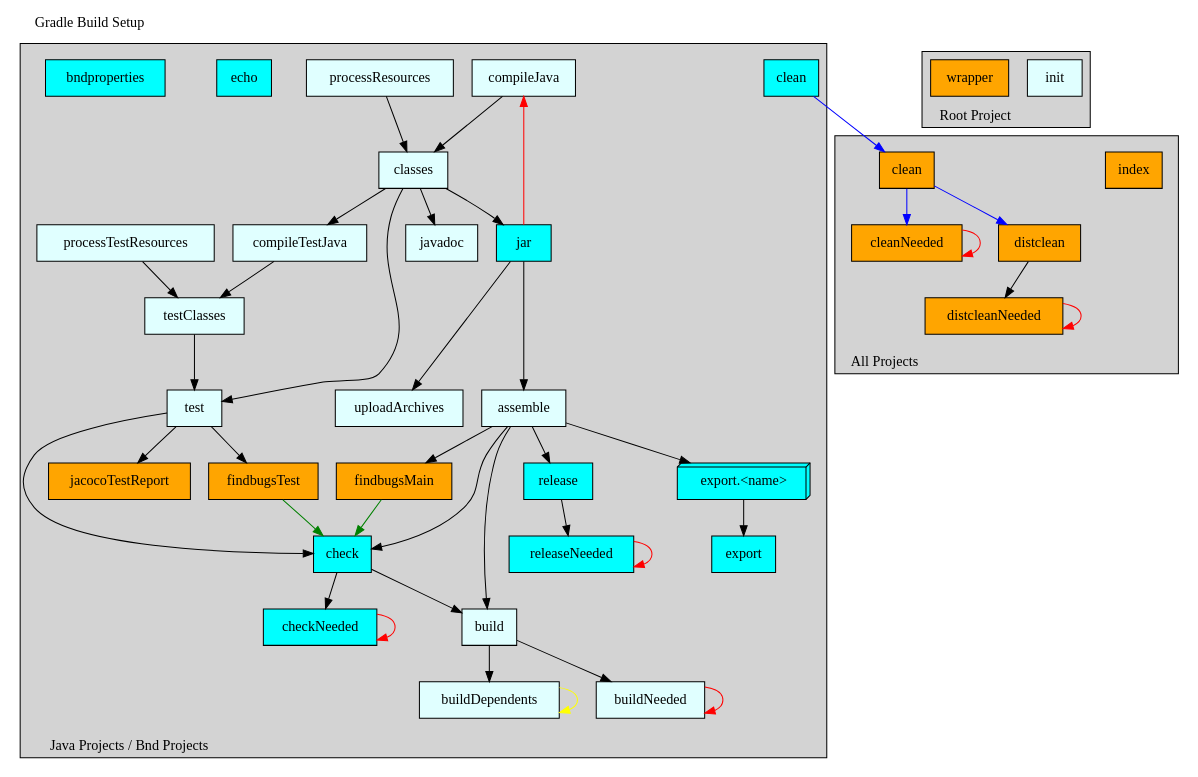
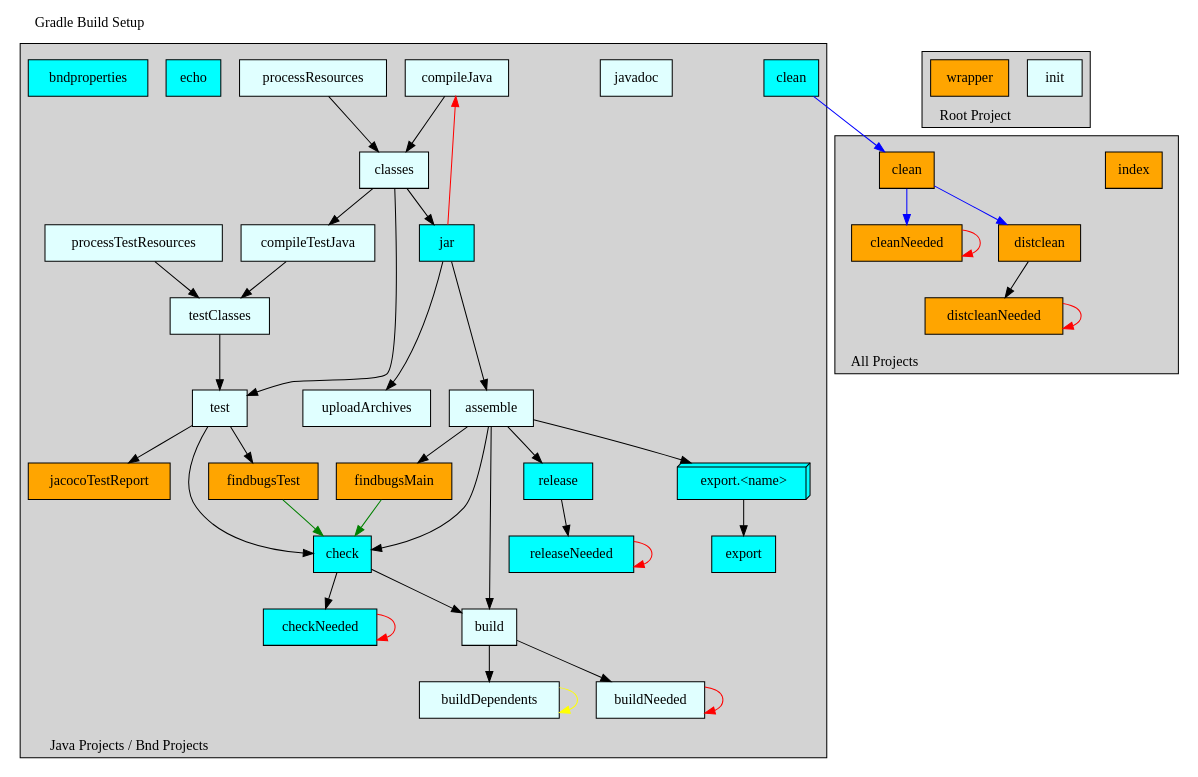
The diagram in cnf/gradle/doc/template.dot (paulvi/bndtoolsPlugins), drawn with Graphviz before and after one commit. The commit also changed 5 other files, not shown here.

Commit message:
gradle: javadoc doesn't depend on classes

```diff
--- a/cnf/gradle/doc/template.dot
+++ b/cnf/gradle/doc/template.dot
@@ -1,186 +1,185 @@
 /*
  * WARNING
  *
  * This file is maintained automatically by Bndtools.
  * You should not edit it.
  *
  * See the BUILDING-GRADLE.md document in the root project for more details.
  *
  * To create an SVG diagram from this file, install graphviz and run:
  *   dot -Tsvg "$1.dot" -o "$1.svg"   (on a Linux   machine)
  *   dot -Tsvg "%1.dot" -o "%1.svg"   (on a Windows machine)
  */
 
 
 digraph GradleSetup {
   label="Gradle Build Setup"
   labelloc=t
   labeljust=l
 
   subgraph cluster1 {
     label="Java Projects / Bnd Projects";
     labelloc=b
     labeljust=l
     style=filled;
     fillcolor=lightgrey;
     color=black;
 
     subgraph cluster101 {
       label="";
       style=invis;
       compileJava          [shape=box, style=filled, fillcolor=lightcyan, label="compileJava"         ]
       processResources     [shape=box, style=filled, fillcolor=lightcyan, label="processResources"    ]
       classes              [shape=box, style=filled, fillcolor=lightcyan, label="classes"             ]
     }
 
     subgraph cluster102 {
       label="";
       style=invis;
       jar                  [shape=box, style=filled, fillcolor=cyan     , label="jar"                 ]
     }
 
     subgraph cluster103 {
       label="";
       style=invis;
       compileTestJava      [shape=box, style=filled, fillcolor=lightcyan, label="compileTestJava"     ]
       processTestResources [shape=box, style=filled, fillcolor=lightcyan, label="processTestResources"]
       testClasses          [shape=box, style=filled, fillcolor=lightcyan, label="testClasses"         ]
     }
 
     subgraph cluster104 {
       label="";
       style=invis;
       test                 [shape=box, style=filled, fillcolor=lightcyan, label="test"                ]
     }
 
     subgraph cluster105 {
       label="";
       style=invis;
       uploadArchives       [shape=box, style=filled, fillcolor=lightcyan, label="uploadArchives"      ]
       assemble             [shape=box, style=filled, fillcolor=lightcyan, label="assemble"            ]
     }
 
     subgraph cluster106 {
       label="";
       style=invis;
       check                [shape=box, style=filled, fillcolor=cyan     , label="check"               ]
       checkNeeded          [shape=box, style=filled, fillcolor=cyan     , label="checkNeeded"         ]
     }
 
     subgraph cluster107 {
       label="";
       style=invis;
       release              [shape=box, style=filled, fillcolor=cyan     , label="release"             ]
       releaseNeeded        [shape=box, style=filled, fillcolor=cyan     , label="releaseNeeded"       ]
     }
 
     subgraph cluster108 {
       label="";
       style=invis;
       exportX              [shape=box3d, style=filled, fillcolor=cyan   , label="export.<name>"       ]
       export               [shape=box  , style=filled, fillcolor=cyan   , label="export"              ]
     }
 
     subgraph cluster109 {
       label="";
       style=invis;
       build                [shape=box, style=filled, fillcolor=lightcyan, label="build"               ]
       buildDependents      [shape=box, style=filled, fillcolor=lightcyan, label="buildDependents"     ]
       buildNeeded          [shape=box, style=filled, fillcolor=lightcyan, label="buildNeeded"         ]
     }
 
     subgraph cluster110 {
       label="";
       style=invis;
       findbugsMain         [shape=box, style=filled, fillcolor=orange   , label="findbugsMain"        ]
       findbugsTest         [shape=box, style=filled, fillcolor=orange   , label="findbugsTest"        ]
     }
 
     javadoc                [shape=box, style=filled, fillcolor=lightcyan, label="javadoc"             ]
 
     clean                  [shape=box, style=filled, fillcolor=cyan     , label="clean"               ]
     echo                   [shape=box, style=filled, fillcolor=cyan     , label="echo"                ]
     bndproperties          [shape=box, style=filled, fillcolor=cyan     , label="bndproperties"       ]
     jacocoTestReport       [shape=box, style=filled, fillcolor=orange   , label="jacocoTestReport"    ]
 
     compileJava            -> classes
     processResources       -> classes
-    classes                -> javadoc
     classes                -> compileTestJava
     classes                -> jar
     classes                -> test
     compileTestJava        -> testClasses
     processTestResources   -> testClasses
     jar                    -> uploadArchives
     jar                    -> assemble
     testClasses            -> test
     assemble               -> build
     assemble               -> check
     test                   -> check
     check                  -> checkNeeded
     checkNeeded            -> checkNeeded        [color=red   ]
     check                  -> build
     build                  -> buildDependents
     buildDependents        -> buildDependents    [color=yellow]
     build                  -> buildNeeded
     buildNeeded            -> buildNeeded        [color=red   ]
 
     jar                    -> compileJava        [color=red   ]
     assemble               -> release
     assemble               -> exportX
     exportX                -> export
     release                -> releaseNeeded
     releaseNeeded          -> releaseNeeded      [color=red   ]
 
     assemble               -> findbugsMain
     test                   -> findbugsTest
     findbugsMain           -> check              [color=green ]
     findbugsTest           -> check              [color=green ]
     test                   -> jacocoTestReport
   }
 
 
   subgraph cluster2 {
     label="Root Project";
     labelloc=b
     labeljust=l
     style=filled;
     fillcolor=lightgrey;
     color=black;
 
     init                   [shape=box, style=filled, fillcolor=lightcyan, label="init"                ]
     wrapper                [shape=box, style=filled, fillcolor=orange   , label="wrapper"             ]
   }
 
 
   subgraph cluster3 {
     label="All Projects";
     labelloc=b
     labeljust=l
     style=filled;
     fillcolor=lightgrey;
     color=black;
 
     subgraph cluster301 {
       label="";
       style=invis;
       index                [shape=box, style=filled, fillcolor=orange   , label="index"               ]
     }
 
     subgraph cluster302 {
       label="";
       style=invis;
       cleanAll             [shape=box, style=filled, fillcolor=orange   , label="clean"               ]
       cleanAllNeeded       [shape=box, style=filled, fillcolor=orange   , label="cleanNeeded"         ]
       distclean            [shape=box, style=filled, fillcolor=orange   , label="distclean"           ]
       distcleanNeeded      [shape=box, style=filled, fillcolor=orange   , label="distcleanNeeded"     ]
     }
 
     clean                  -> cleanAll           [color=blue  ]
     cleanAll               -> cleanAllNeeded     [color=blue  ]
     cleanAllNeeded         -> cleanAllNeeded     [color=red   ]
     cleanAll               -> distclean          [color=blue  ]
     distclean              -> distcleanNeeded
     distcleanNeeded        -> distcleanNeeded    [color=red   ]
   }
 }
```
